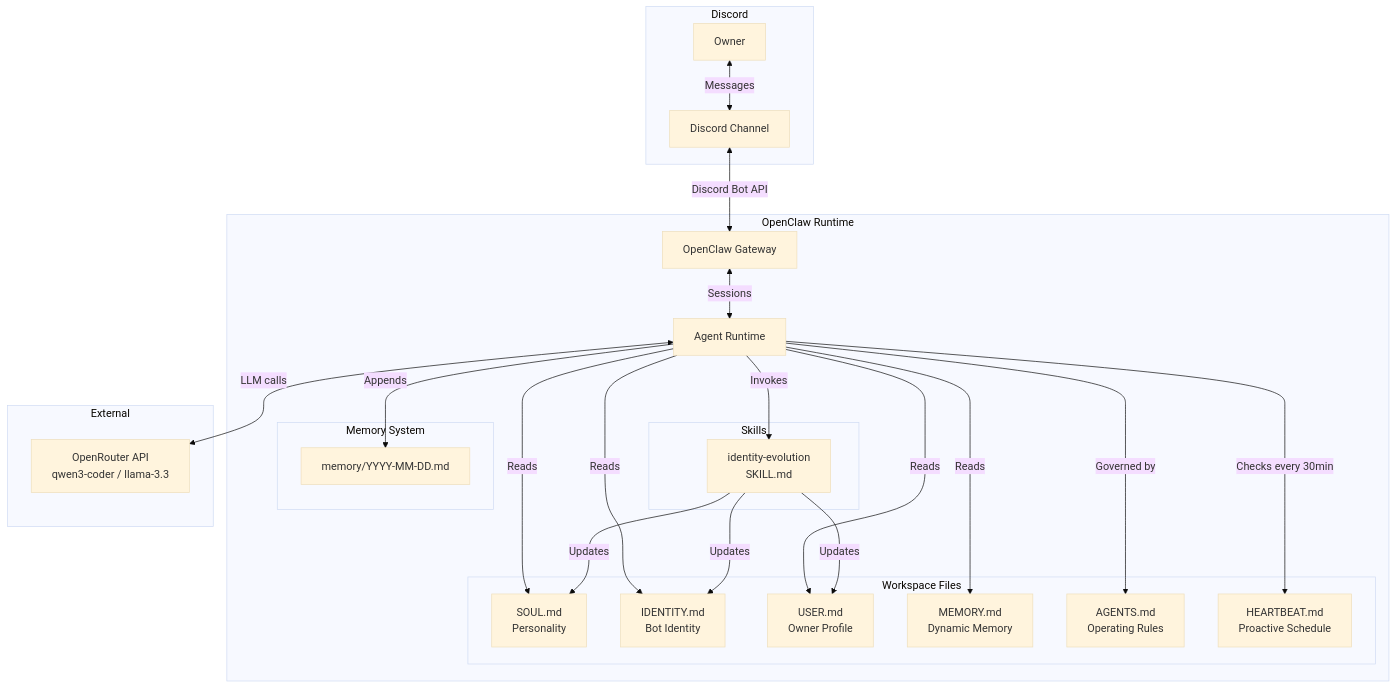
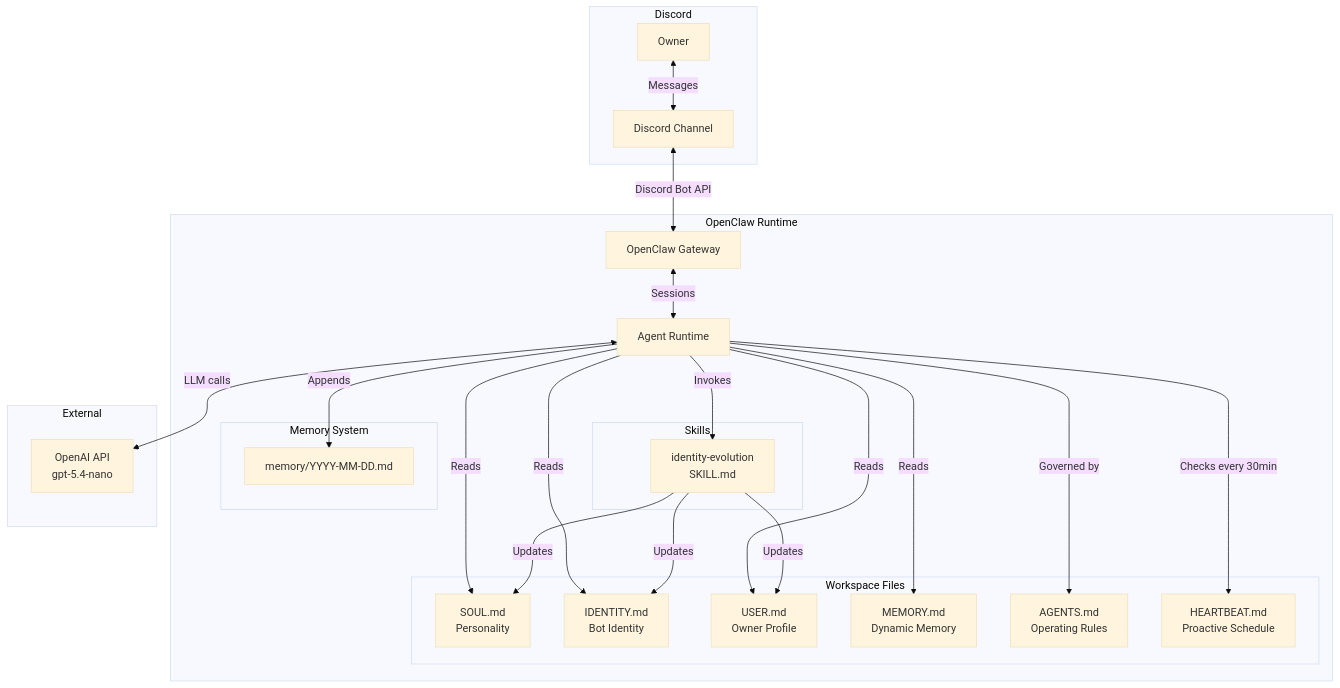
Before and after one commit to z75zhu/project-assistant: the diagram in README.md, drawn with Mermaid (base theme). The commit also changed other lines of this file and 6 other files, not shown here.

````diff
--- a/README.md
+++ b/README.md
@@ -40,44 +40,44 @@
 ```mermaid
 graph TB
     subgraph Discord
         Owner[Owner]
         Channel[Discord Channel]
     end
 
     subgraph OpenClaw Runtime
         Gateway[OpenClaw Gateway]
         Agent[Agent Runtime]
 
         subgraph Workspace Files
             SOUL[SOUL.md<br/>Personality]
             IDENTITY[IDENTITY.md<br/>Bot Identity]
             USER[USER.md<br/>Owner Profile]
             MEMORY[MEMORY.md<br/>Dynamic Memory]
             AGENTS[AGENTS.md<br/>Operating Rules]
             HEARTBEAT[HEARTBEAT.md<br/>Proactive Schedule]
         end
 
         subgraph Skills
             IES[identity-evolution<br/>SKILL.md]
         end
 
         subgraph Memory System
             DailyLogs[memory/YYYY-MM-DD.md]
         end
     end
 
     subgraph External
-        LLM[OpenRouter API<br/>qwen3-coder / llama-3.3]
+        LLM[OpenAI API<br/>gpt-5.4-nano]
     end
 
     Owner <-->|Messages| Channel
     Channel <-->|Discord Bot API| Gateway
     Gateway <-->|Sessions| Agent
     Agent -->|Reads| SOUL & IDENTITY & USER & MEMORY
     Agent -->|Governed by| AGENTS
     Agent -->|Checks every 30min| HEARTBEAT
     Agent -->|Invokes| IES
     IES -->|Updates| SOUL & IDENTITY & USER
     Agent -->|Appends| DailyLogs
     Agent <-->|LLM calls| LLM
 ```
````
